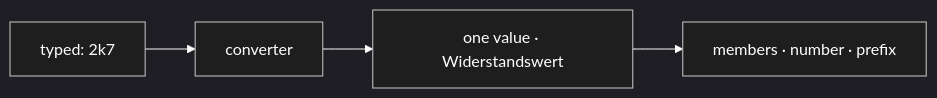
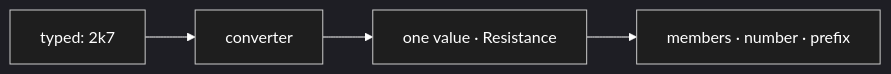
Diagram 43 of 50 in docs/NewConcept/10-domain-core.md (sfambach/wp-taxonomy-modeler), drawn with Mermaid before and after one commit. The commit also changed other lines of this file and 7 other files, not shown here.

````diff
--- a/docs/NewConcept/10-domain-core.md
+++ b/docs/NewConcept/10-domain-core.md
@@ -3013,17 +3013,17 @@
 ```mermaid
 ---
 config:
   theme: dark
   themeVariables:
     mainBkg: "#1e1e1e"
     background: "#1e1e1e"
     primaryColor: "#1e1e1e"
     classText: "#ffffff"
     textColor: "#ffffff"
     lineColor: "#ffffff"
 ---
 flowchart LR
     I["typed: 2k7"] --> C["converter"]
-    C --> V["one value · Widerstandswert"]
+    C --> V["one value · Resistance"]
     V --> M["members · number · prefix"]
 ```
````
